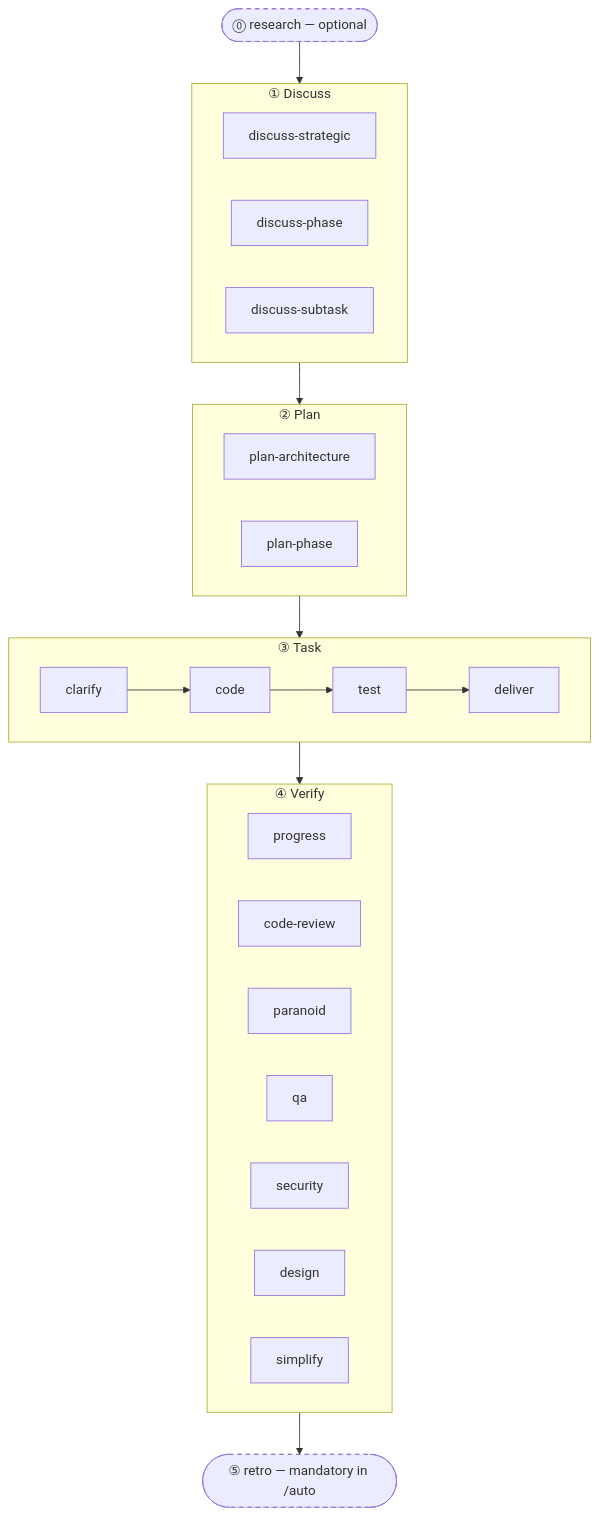
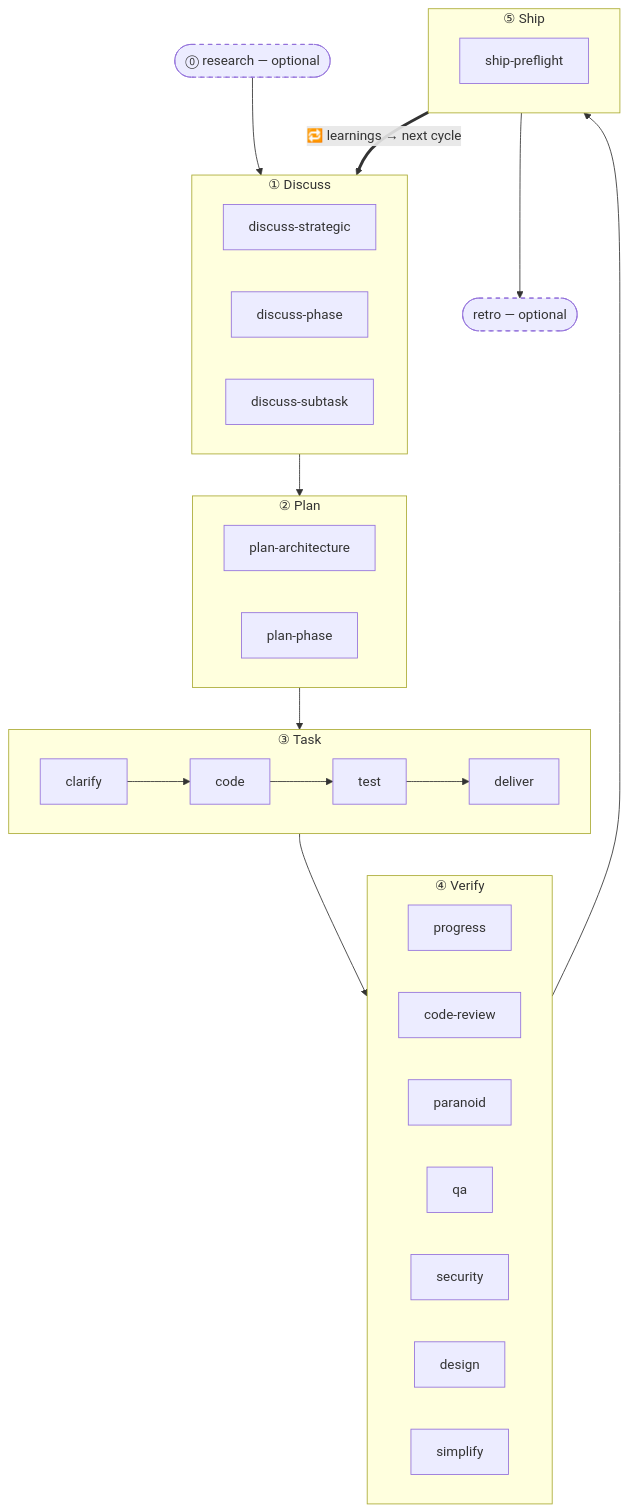
Before and after one commit to easyinplay/harnessed-site: the diagram in src/content/docs/docs/concepts/four-stage-cadence.md, drawn with Mermaid. The commit also changed other lines of this file and 14 other files, not shown here.

````diff
--- a/src/content/docs/docs/concepts/four-stage-cadence.md
+++ b/src/content/docs/docs/concepts/four-stage-cadence.md
@@ -59,22 +66,26 @@
 ```mermaid
 graph TD
   RS([⓪ research — optional]):::optional
   subgraph D[① Discuss]
     DS[discuss-strategic]
     DP[discuss-phase]
     DT[discuss-subtask]
   end
   subgraph P[② Plan]
     PA[plan-architecture]
     PP[plan-phase]
   end
   subgraph T[③ Task]
     TC[clarify] --> TCo[code] --> TT[test] --> TD[deliver]
   end
   subgraph V[④ Verify]
     VP[progress] & VC[code-review] & VPa[paranoid] & VQ[qa] & VS[security] & VD[design] & VSi[simplify]
   end
-  RT([⑤ retro — mandatory in /auto]):::optional
-  RS --> D --> P --> T --> V --> RT
+  subgraph S[⑤ Ship]
+    SP[ship-preflight]
+  end
+  RT([retro — optional]):::optional
+  RS --> D --> P --> T --> V --> S --> RT
+  S == "🔁 learnings → next cycle" ==> D
   classDef optional stroke-dasharray:5 5
 ```
````
